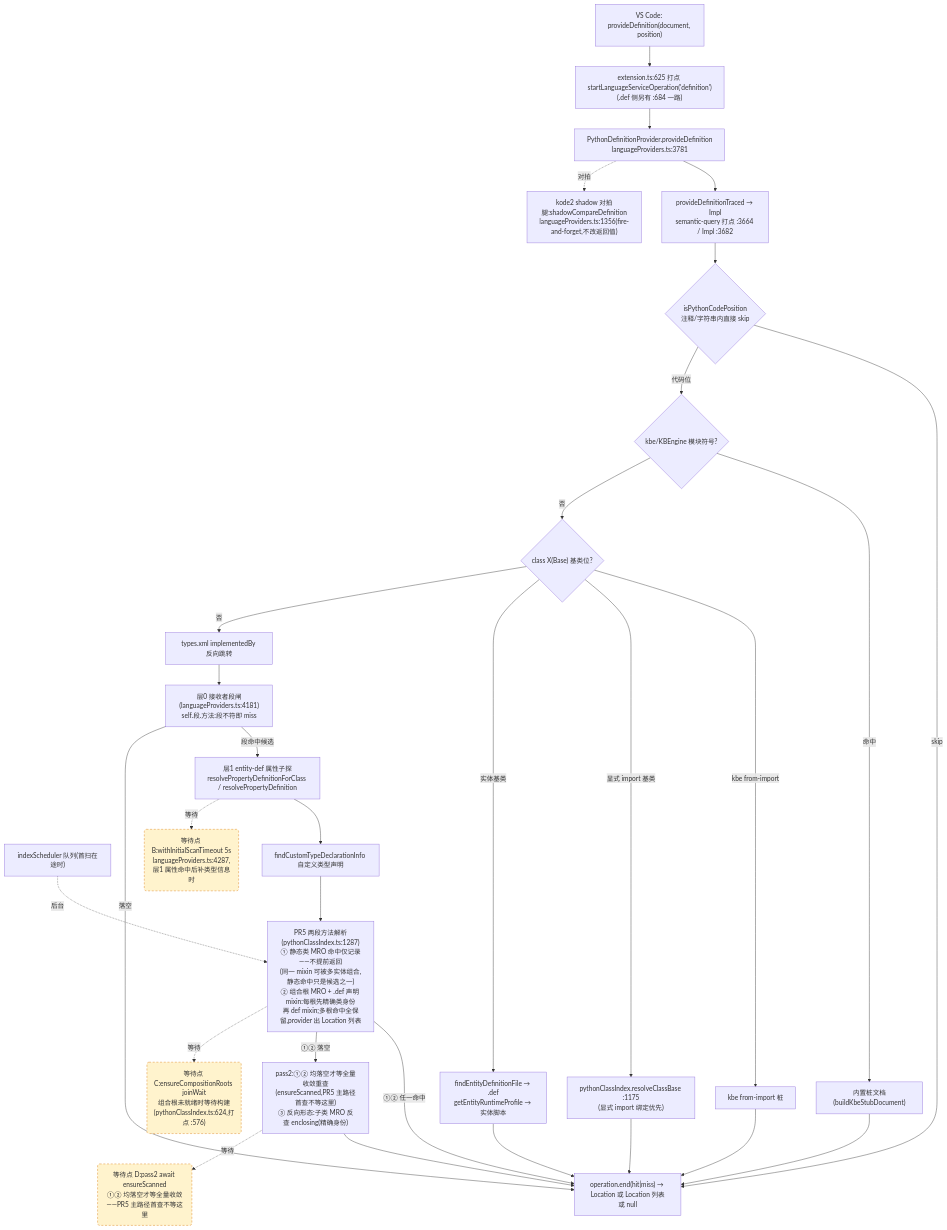
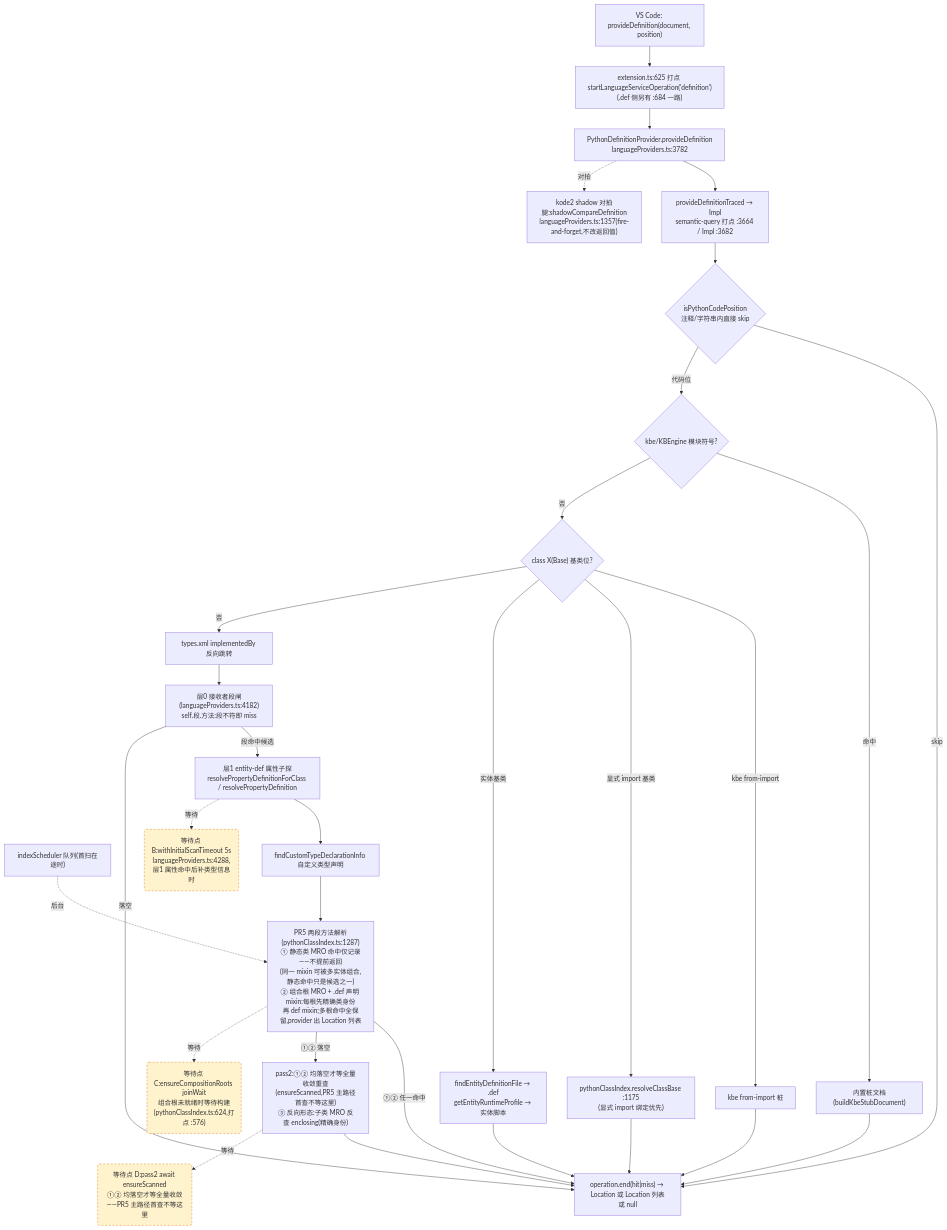
One commit to cuihairu/kode changed the second of 4 diagrams in docs/perf/2026-baseline.md. Above: the diagram before and after it, drawn with Mermaid. The commit also changed other lines of this file and 8 other files, not shown here.

````diff
--- a/docs/perf/2026-baseline.md
+++ b/docs/perf/2026-baseline.md
@@ -130,51 +130,51 @@
 ```mermaid
 flowchart TD
   VC2["VS Code: provideDefinition(document, position)"]
   M2["extension.ts:625 打点 startLanguageServiceOperation('definition')<br/>(.def 侧另有 :684 一路)"]
-  AD2["PythonDefinitionProvider.provideDefinition<br/>languageProviders.ts:3781"]
+  AD2["PythonDefinitionProvider.provideDefinition<br/>languageProviders.ts:3782"]
   TR["provideDefinitionTraced → Impl<br/>semantic-query 打点 :3664 / Impl :3682"]
   CTX{"isPythonCodePosition<br/>注释/字符串内直接 skip"}
   KBE{"kbe/KBEngine 模块符号?"}
   STUB["内置桩文档(buildKbeStubDocument)"]
   CB{"class X(Base) 基类位?"}
   CB1["kbe from-import 桩"]
   CB2["pythonClassIndex.resolveClassBase :1175<br/>(显式 import 绑定优先)"]
   CB3["findEntityDefinitionFile → .def<br/>getEntityRuntimeProfile → 实体脚本"]
   REV["types.xml implementedBy 反向跳转"]
-  L0["层0 接收者段闸(languageProviders.ts:4181)<br/>self.段.方法:段不符即 miss"]
+  L0["层0 接收者段闸(languageProviders.ts:4182)<br/>self.段.方法:段不符即 miss"]
   L1["层1 entity-def 属性子探<br/>resolvePropertyDefinitionForClass / resolvePropertyDefinition"]
   SCAN["indexScheduler 队列(首扫在途时)"]
   TY["findCustomTypeDeclarationInfo 自定义类型声明"]
   MRO["PR5 两段方法解析(pythonClassIndex.ts:1287)<br/>① 静态类 MRO 命中仅记录——不提前返回<br/>(同一 mixin 可被多实体组合,静态命中只是候选之一)<br/>② 组合根 MRO + .def 声明 mixin:每根先精确类身份<br/>再 def mixin;多根命中全保留,provider 出 Location 列表"]
   PASS2["pass2:①② 均落空才等全量收敛重查<br/>(ensureScanned,PR5 主路径首查不等这里)<br/>③ 反向形态:子类 MRO 反查 enclosing(精确身份)"]
-  SHD["kode2 shadow 对拍腿:shadowCompareDefinition<br/>languageProviders.ts:1356(fire-and-forget,不改返回值)"]
+  SHD["kode2 shadow 对拍腿:shadowCompareDefinition<br/>languageProviders.ts:1357(fire-and-forget,不改返回值)"]
   END2["operation.end(hit|miss) → Location 或 Location 列表或 null"]
 
   VC2 --> M2 --> AD2 --> TR --> CTX
   CTX -- "skip" --> END2
   CTX -- "代码位" --> KBE
   KBE -- "命中" --> STUB --> END2
   KBE -- "否" --> CB
   CB -- "kbe from-import" --> CB1 --> END2
   CB -- "显式 import 基类" --> CB2 --> END2
   CB -- "实体基类" --> CB3 --> END2
   CB -- "否" --> REV --> L0
   L0 -- "段命中候选" --> L1
   L0 -- "落空" --> END2
   L1 --> TY
   TY --> MRO
   MRO -- "①② 任一命中" --> END2
   MRO -- "①② 落空" --> PASS2 --> END2
   AD2 -.->|对拍| SHD
 
-  WAITB("等待点 B:withInitialScanTimeout 5s<br/>languageProviders.ts:4287,层1 属性命中后补类型信息时")
+  WAITB("等待点 B:withInitialScanTimeout 5s<br/>languageProviders.ts:4288,层1 属性命中后补类型信息时")
   WAITC("等待点 C:ensureCompositionRoots joinWait<br/>组合根未就绪时等待构建(pythonClassIndex.ts:624,打点 :576)")
   WAITD("等待点 D:pass2 await ensureScanned<br/>①② 均落空才等全量收敛——PR5 主路径首查不等这里")
   L1 -.->|等待| WAITB
   MRO -.->|等待| WAITC
   PASS2 -.->|等待| WAITD
   SCAN -.->|后台| MRO
 
   classDef waitPoint fill:#fff3cd,stroke:#d97706,stroke-dasharray:5 4;
   class WAITB,WAITC,WAITD waitPoint;
 ```
````
